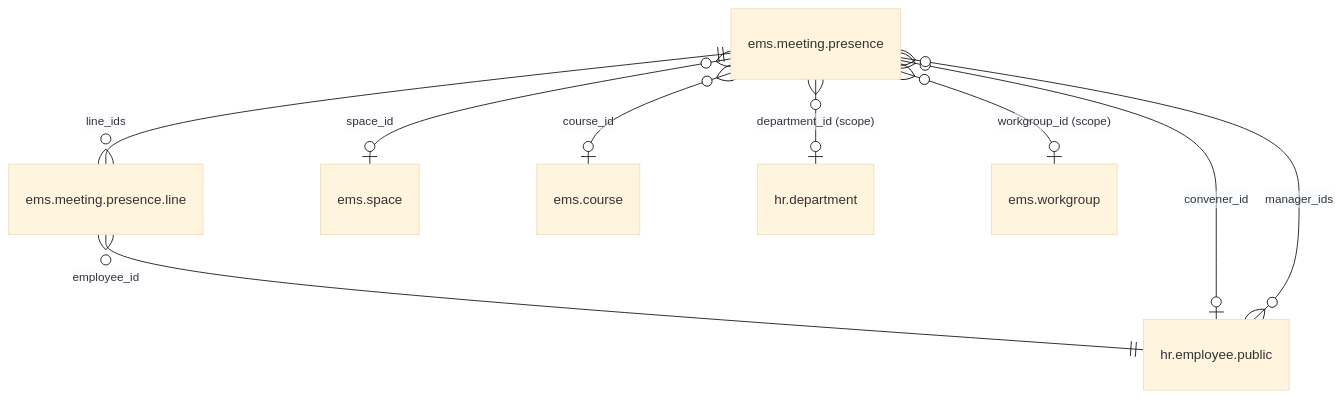
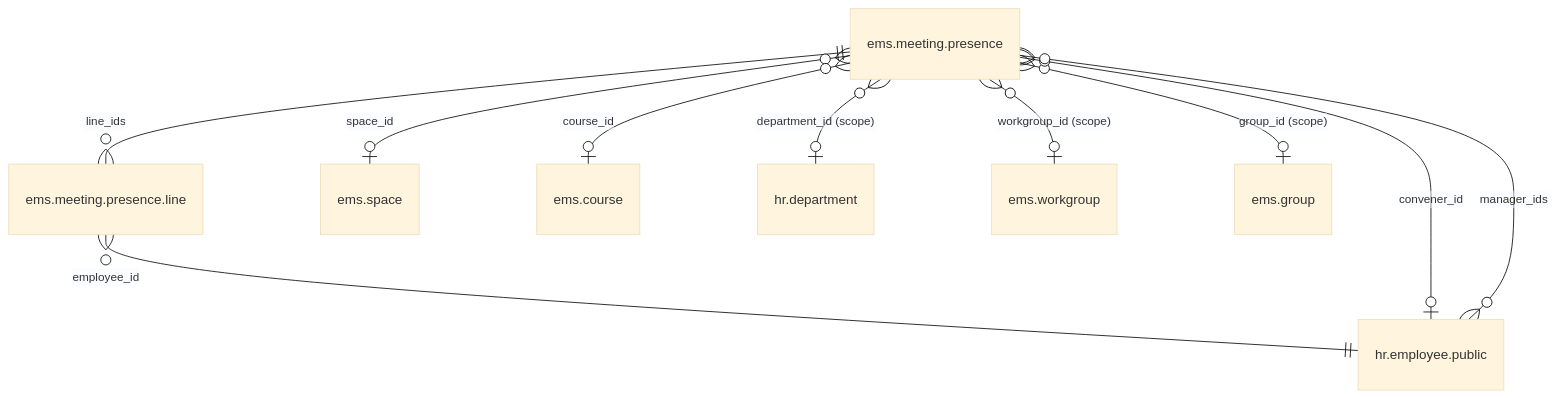
The first of 3 diagrams in docs/en/developers/meetings/meeting_presence.md (ElPuig/EMS), drawn with Mermaid (base theme) before and after one commit. The commit also changed other lines of this file and 15 other files, not shown here.

````diff
--- a/docs/en/developers/meetings/meeting_presence.md
+++ b/docs/en/developers/meetings/meeting_presence.md
@@ -15,11 +15,12 @@
 ```mermaid
 erDiagram
     "ems.meeting.presence" ||--o{ "ems.meeting.presence.line" : "line_ids"
     "ems.meeting.presence" }o--o| "ems.space" : "space_id"
     "ems.meeting.presence" }o--o| "ems.course" : "course_id"
     "ems.meeting.presence" }o--o| "hr.department" : "department_id (scope)"
     "ems.meeting.presence" }o--o| "ems.workgroup" : "workgroup_id (scope)"
+    "ems.meeting.presence" }o--o| "ems.group" : "group_id (scope)"
     "ems.meeting.presence.line" }o--|| "hr.employee.public" : "employee_id"
     "ems.meeting.presence" }o--o| "hr.employee.public" : "convener_id"
     "ems.meeting.presence" }o--o{ "hr.employee.public" : "manager_ids"
 ```
````
